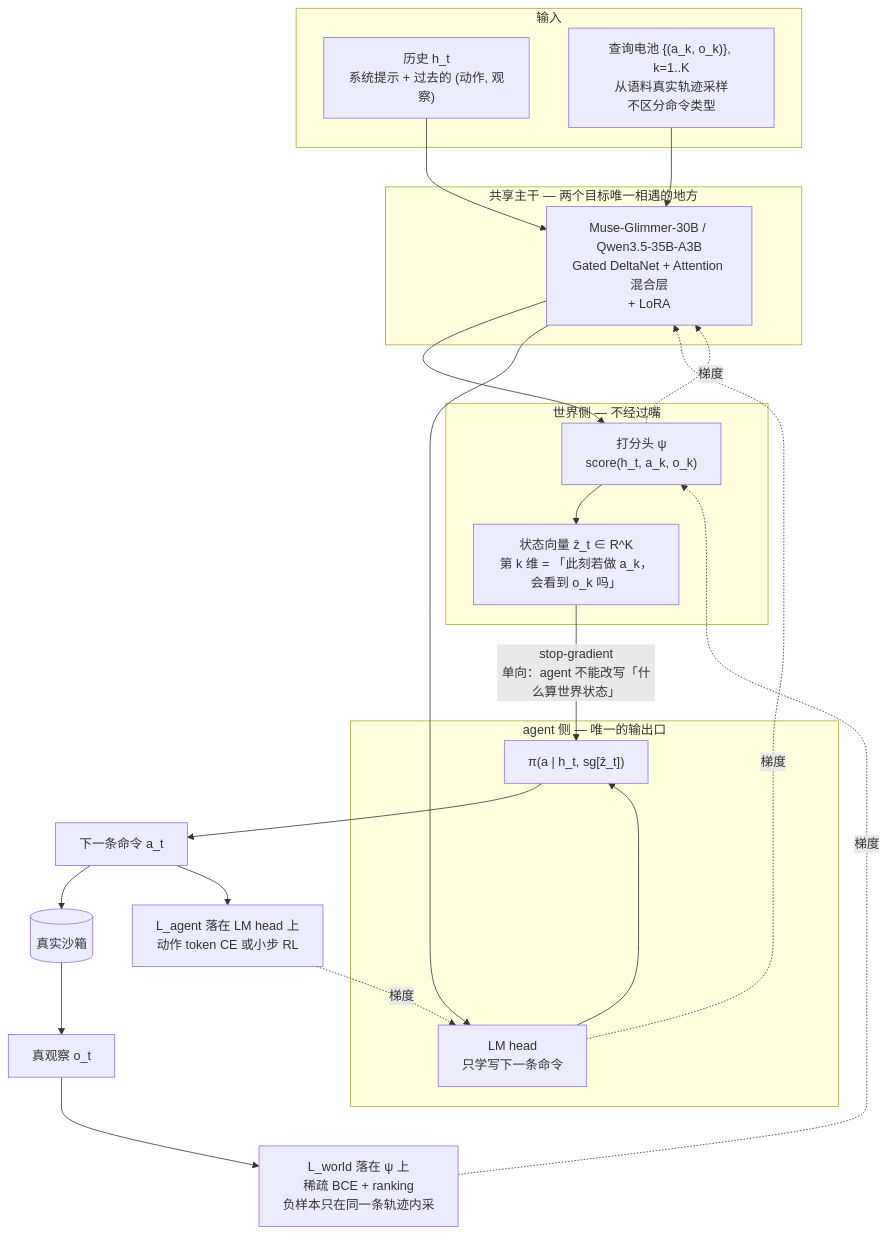
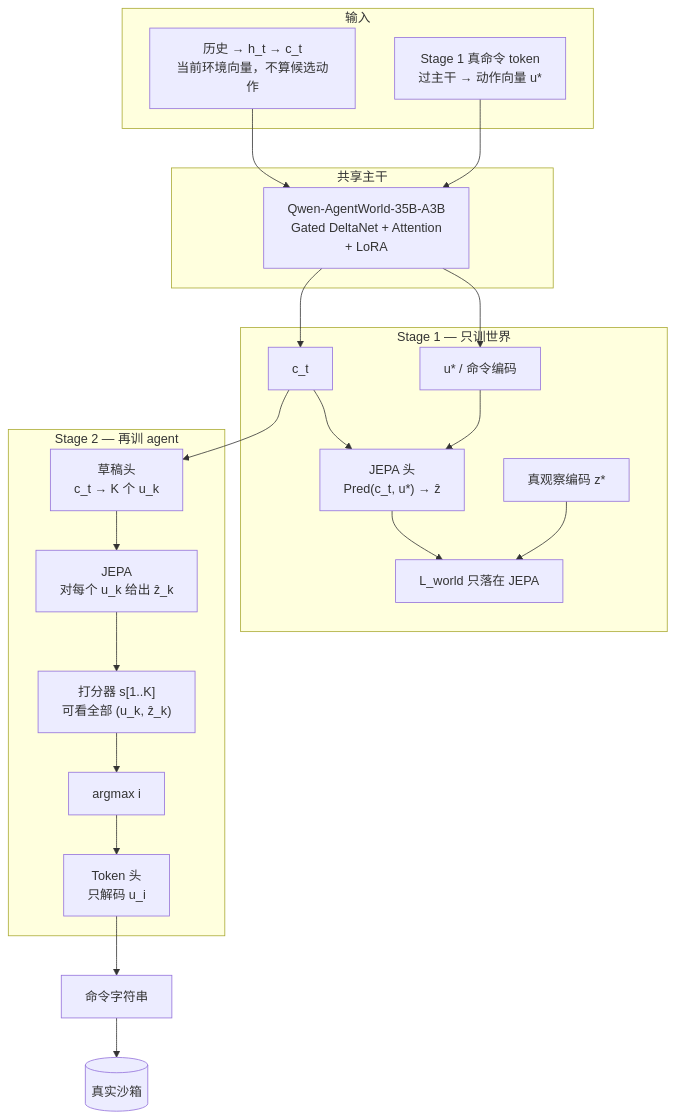
One commit to MegaGimen/BIV changed the first of 2 diagrams in AGENTS.md. Above: the diagram before and after it, drawn with Mermaid. The commit also changed other lines of this file, not shown here.

First line of the commit message:
Record JEPA K-draft argmax architecture in AGENTS.md.

````diff
--- a/AGENTS.md
+++ b/AGENTS.md
@@ -151,43 +168,38 @@
 ```mermaid
 flowchart TD
     subgraph sg_in["输入"]
-        H["历史 h_t<br/>系统提示 + 过去的 (动作, 观察)"]
-        BAT["查询电池 {(a_k, o_k)}, k=1..K<br/>从语料真实轨迹采样<br/>不区分命令类型"]
+        H["历史 → h_t → c_t<br/>当前环境向量，不算候选动作"]
+        USTAR["Stage 1 真命令 token<br/>过主干 → 动作向量 u*"]
     end
 
     H --> TRUNK
-    BAT --> TRUNK
+    USTAR --> TRUNK
 
-    subgraph sg_trunk["共享主干 — 两个目标唯一相遇的地方"]
-        TRUNK["Muse-Glimmer-30B / Qwen3.5-35B-A3B<br/>Gated DeltaNet + Attention 混合层<br/>+ LoRA"]
+    subgraph sg_trunk["共享主干"]
+        TRUNK["Qwen-AgentWorld-35B-A3B<br/>Gated DeltaNet + Attention<br/>+ LoRA"]
     end
 
-    TRUNK --> PSI
-    TRUNK --> LMH
+    TRUNK --> CT["c_t"]
+    TRUNK --> UENC["u* / 命令编码"]
 
-    subgraph sg_world["世界侧 — 不经过嘴"]
-        PSI["打分头 ψ<br/>score(h_t, a_k, o_k)"]
-        Z["状态向量 ẑ_t ∈ R^K<br/>第 k 维 = 「此刻若做 a_k，会看到 o_k 吗」"]
-        PSI --> Z
+    subgraph sg_s1["Stage 1 — 只训世界"]
+        JEPA1["JEPA 头<br/>Pred(c_t, u*) → ẑ"]
+        CT --> JEPA1
+        UENC --> JEPA1
+        ZSTAR["真观察编码 z*"]
+        JEPA1 --> L1["L_world 只落在 JEPA"]
+        ZSTAR --> L1
     end
 
-    subgraph sg_agent["agent 侧 — 唯一的输出口"]
-        LMH["LM head<br/>只学写下一条命令"]
-        PI["π(a | h_t, sg[ẑ_t])"]
-        LMH --> PI
+    subgraph sg_s2["Stage 2 — 再训 agent"]
+        DRAFT["草稿头<br/>c_t → K 个 u_k"]
+        CT --> DRAFT
+        DRAFT --> JEPA2["JEPA<br/>对每个 u_k 给出 ẑ_k"]
+        JEPA2 --> SC["打分器 s[1..K]<br/>可看全部 (u_k, ẑ_k)"]
+        SC --> ARG["argmax i"]
+        ARG --> LMH["Token 头<br/>只解码 u_i"]
     end
 
-    Z -- "stop-gradient<br/>单向：agent 不能改写「什么算世界状态」" --> PI
-
-    PI --> ACT["下一条命令 a_t"]
+    LMH --> ACT["命令字符串"]
     ACT --> ENV[("真实沙箱")]
-    ENV --> OBS["真观察 o_t"]
-
-    OBS --> LW["L_world 落在 ψ 上<br/>稀疏 BCE + ranking<br/>负样本只在同一条轨迹内采"]
-    ACT --> LA["L_agent 落在 LM head 上<br/>动作 token CE 或小步 RL"]
-
-    LW -.->|"梯度"| PSI
-    LA -.->|"梯度"| LMH
-    PSI -.->|"梯度"| TRUNK
-    LMH -.->|"梯度"| TRUNK
 ```
````
